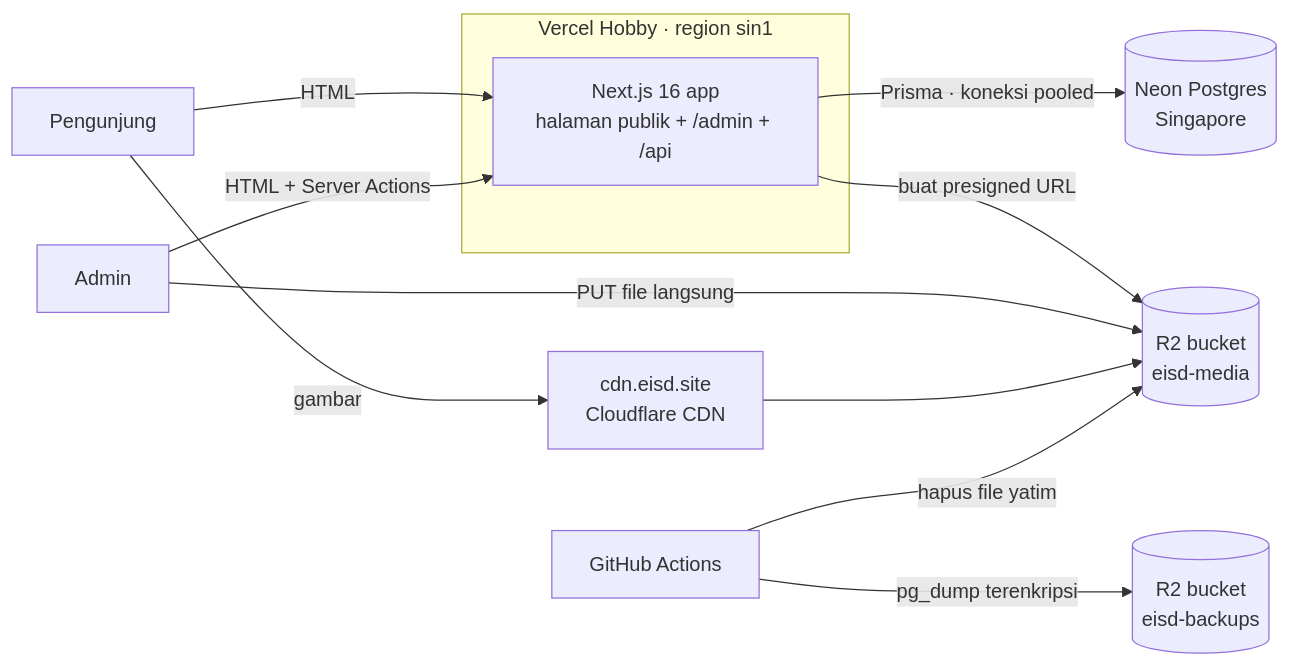
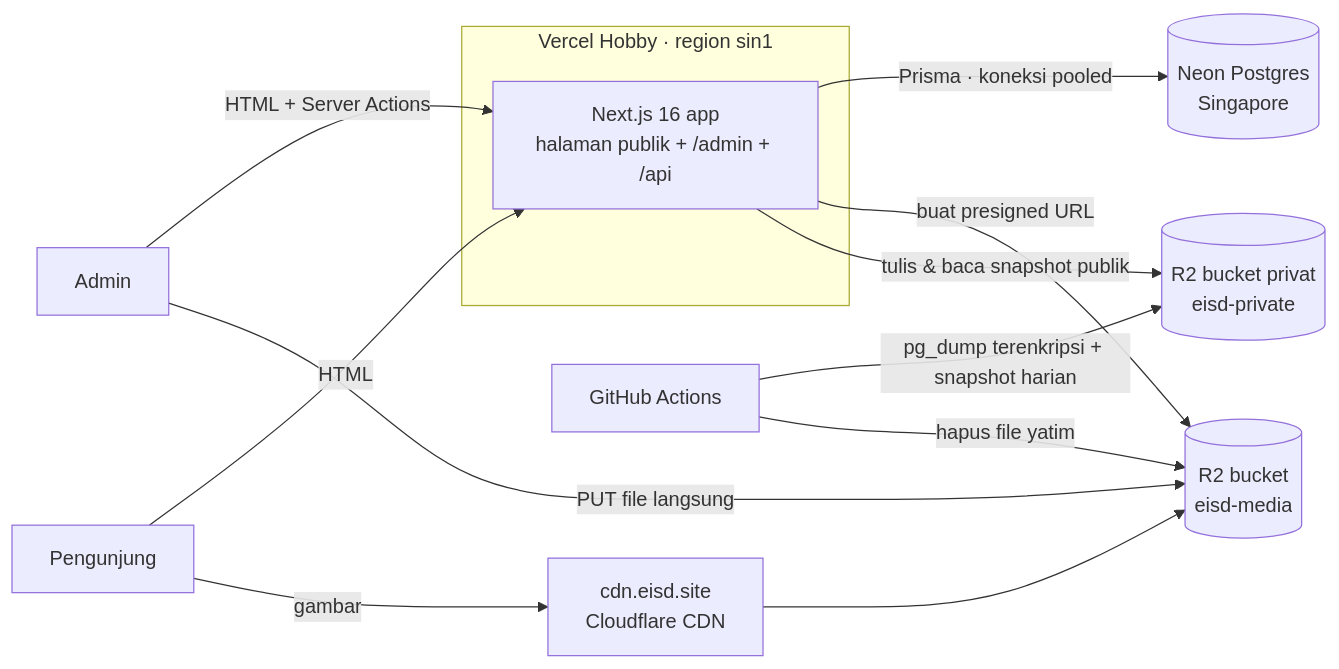
Before and after one commit to EISD-Laboratory/WEB-EISD: the first of 2 diagrams in docs/archi.md, drawn with Mermaid. The commit also changed other lines of this file, not shown here.

````diff
--- a/docs/archi.md
+++ b/docs/archi.md
@@ -95,15 +102,16 @@
 ```mermaid
 flowchart LR
   V[Pengunjung] -->|HTML| APP
   AD[Admin] -->|HTML + Server Actions| APP
   subgraph VERCEL[Vercel Hobby · region sin1]
     APP[Next.js 16 app<br/>halaman publik + /admin + /api]
   end
   APP -->|Prisma · koneksi pooled| DB[(Neon Postgres<br/>Singapore)]
   APP -->|buat presigned URL| R2[(R2 bucket<br/>eisd-media)]
   AD -->|PUT file langsung| R2
   V -->|gambar| CDN[cdn.eisd.site<br/>Cloudflare CDN]
   CDN --> R2
-  GHA[GitHub Actions] -->|pg_dump terenkripsi| BK[(R2 bucket<br/>eisd-backups)]
+  GHA[GitHub Actions] -->|pg_dump terenkripsi + snapshot harian| BK[(R2 bucket privat<br/>eisd-private)]
+  APP -->|tulis & baca snapshot publik| BK
   GHA -->|hapus file yatim| R2
 ```
````
